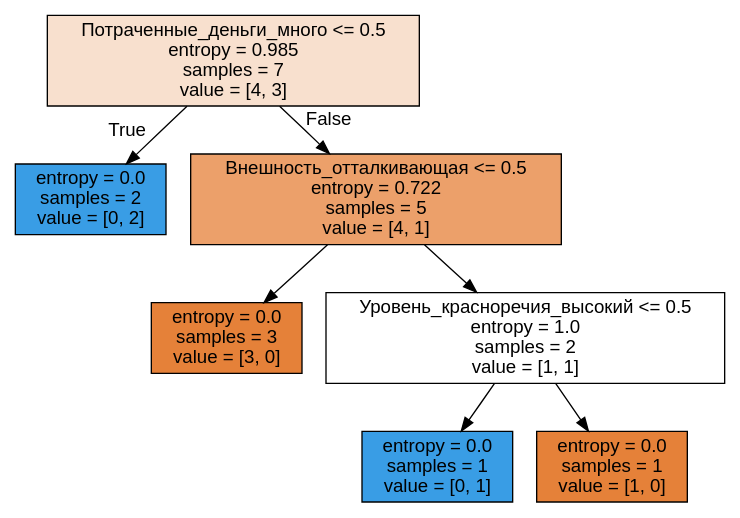
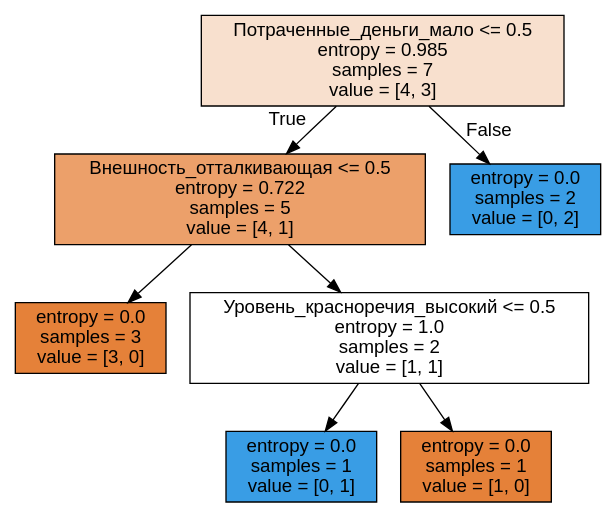
One commit to BratKAS/BigData-DataScience changed the diagram in jupyter_russian/assignments_demo/tree_1.dot. Above: the diagram before and after it, drawn with Graphviz. The commit also changed 1 other file, not shown here.

```diff
--- a/jupyter_russian/assignments_demo/tree_1.dot
+++ b/jupyter_russian/assignments_demo/tree_1.dot
@@ -1,17 +1,17 @@
 digraph Tree {
 node [shape=box, style="filled", color="black", fontname="helvetica"] ;
 edge [fontname="helvetica"] ;
-0 [label="Потраченные_деньги_много <= 0.5\nentropy = 0.985\nsamples = 7\nvalue = [4, 3]", fillcolor="#f8e0ce"] ;
-1 [label="entropy = 0.0\nsamples = 2\nvalue = [0, 2]", fillcolor="#399de5"] ;
+0 [label="Потраченные_деньги_мало <= 0.5\nentropy = 0.985\nsamples = 7\nvalue = [4, 3]", fillcolor="#f8e0ce"] ;
+1 [label="Внешность_отталкивающая <= 0.5\nentropy = 0.722\nsamples = 5\nvalue = [4, 1]", fillcolor="#eca06a"] ;
 0 -> 1 [labeldistance=2.5, labelangle=45, headlabel="True"] ;
-2 [label="Внешность_отталкивающая <= 0.5\nentropy = 0.722\nsamples = 5\nvalue = [4, 1]", fillcolor="#eca06a"] ;
-0 -> 2 [labeldistance=2.5, labelangle=-45, headlabel="False"] ;
-3 [label="entropy = 0.0\nsamples = 3\nvalue = [3, 0]", fillcolor="#e58139"] ;
-2 -> 3 ;
-4 [label="Уровень_красноречия_высокий <= 0.5\nentropy = 1.0\nsamples = 2\nvalue = [1, 1]", fillcolor="#ffffff"] ;
-2 -> 4 ;
-5 [label="entropy = 0.0\nsamples = 1\nvalue = [0, 1]", fillcolor="#399de5"] ;
-4 -> 5 ;
-6 [label="entropy = 0.0\nsamples = 1\nvalue = [1, 0]", fillcolor="#e58139"] ;
-4 -> 6 ;
+2 [label="entropy = 0.0\nsamples = 3\nvalue = [3, 0]", fillcolor="#e58139"] ;
+1 -> 2 ;
+3 [label="Уровень_красноречия_высокий <= 0.5\nentropy = 1.0\nsamples = 2\nvalue = [1, 1]", fillcolor="#ffffff"] ;
+1 -> 3 ;
+4 [label="entropy = 0.0\nsamples = 1\nvalue = [0, 1]", fillcolor="#399de5"] ;
+3 -> 4 ;
+5 [label="entropy = 0.0\nsamples = 1\nvalue = [1, 0]", fillcolor="#e58139"] ;
+3 -> 5 ;
+6 [label="entropy = 0.0\nsamples = 2\nvalue = [0, 2]", fillcolor="#399de5"] ;
+0 -> 6 [labeldistance=2.5, labelangle=-45, headlabel="False"] ;
 }
```
